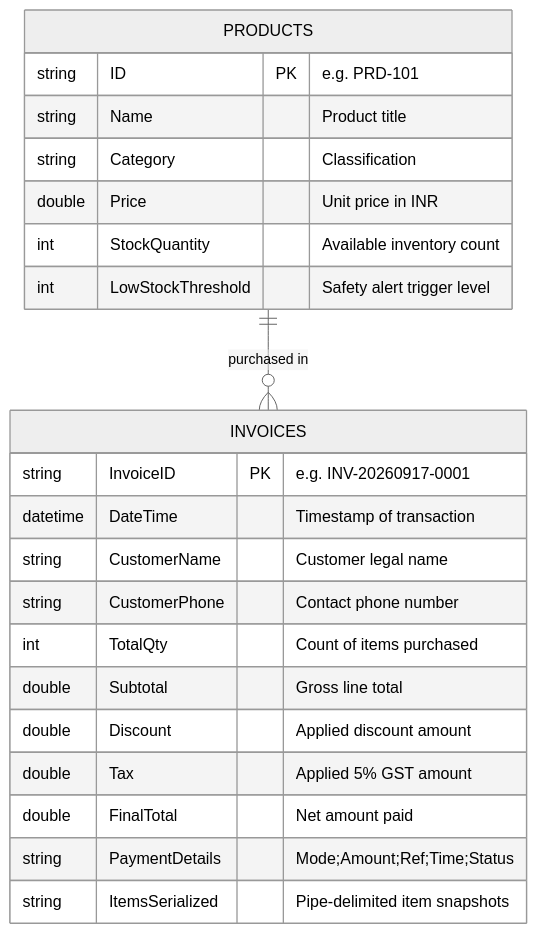
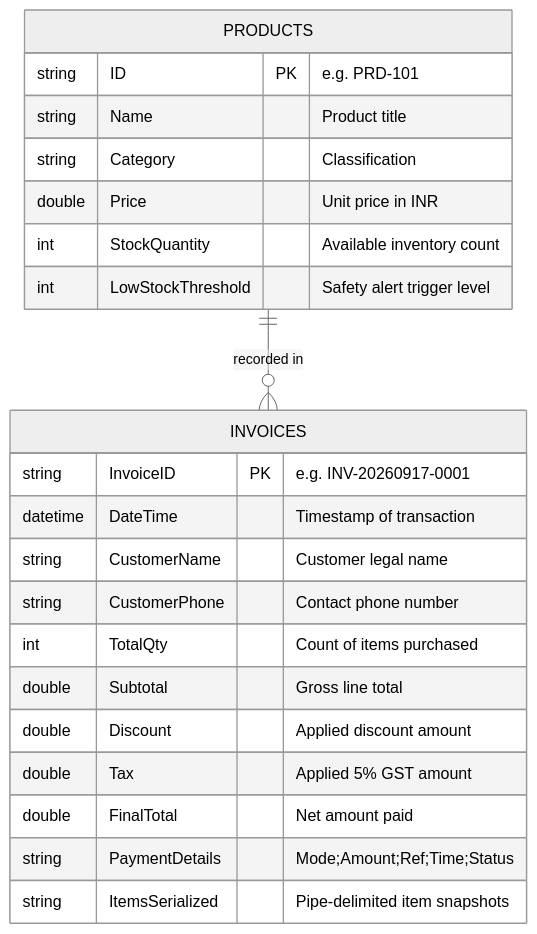
Before and after one commit to jayant25bai11172-pixel/smart-inventory-billing-system: the sixth of 6 diagrams in PROJECT_REPORT.md, drawn with Mermaid (neutral theme). The commit also changed other lines of this file and 2 other files, not shown here.

````diff
--- a/PROJECT_REPORT.md
+++ b/PROJECT_REPORT.md
@@ -329,27 +340,27 @@
 ```mermaid
 erDiagram
     PRODUCTS {
         string ID PK "e.g. PRD-101"
         string Name "Product title"
         string Category "Classification"
         double Price "Unit price in INR"
         int StockQuantity "Available inventory count"
         int LowStockThreshold "Safety alert trigger level"
     }
 
     INVOICES {
         string InvoiceID PK "e.g. INV-20260917-0001"
         datetime DateTime "Timestamp of transaction"
         string CustomerName "Customer legal name"
         string CustomerPhone "Contact phone number"
         int TotalQty "Count of items purchased"
         double Subtotal "Gross line total"
         double Discount "Applied discount amount"
         double Tax "Applied 5% GST amount"
         double FinalTotal "Net amount paid"
         string PaymentDetails "Mode;Amount;Ref;Time;Status"
         string ItemsSerialized "Pipe-delimited item snapshots"
     }
 
-    PRODUCTS ||--o{ INVOICES : "purchased in"
+    PRODUCTS ||--o{ INVOICES : "recorded in"
 ```
````
